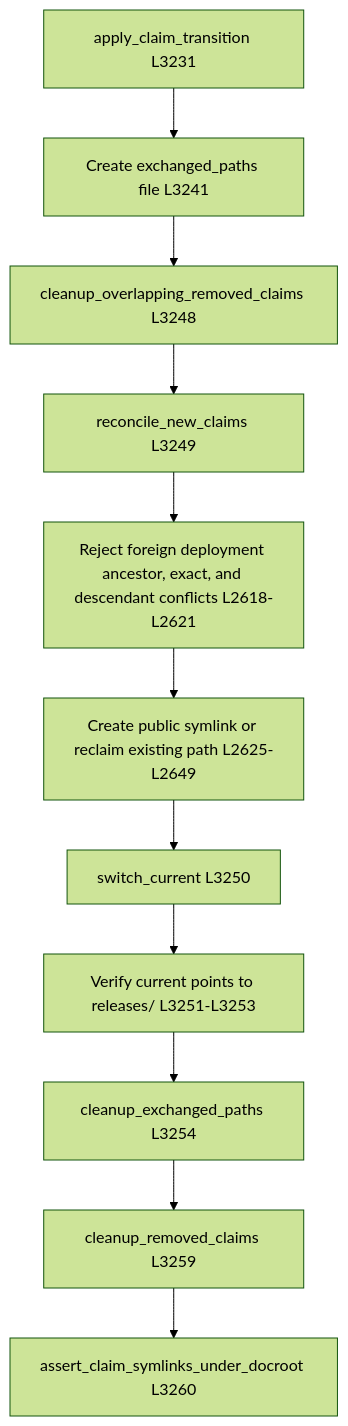
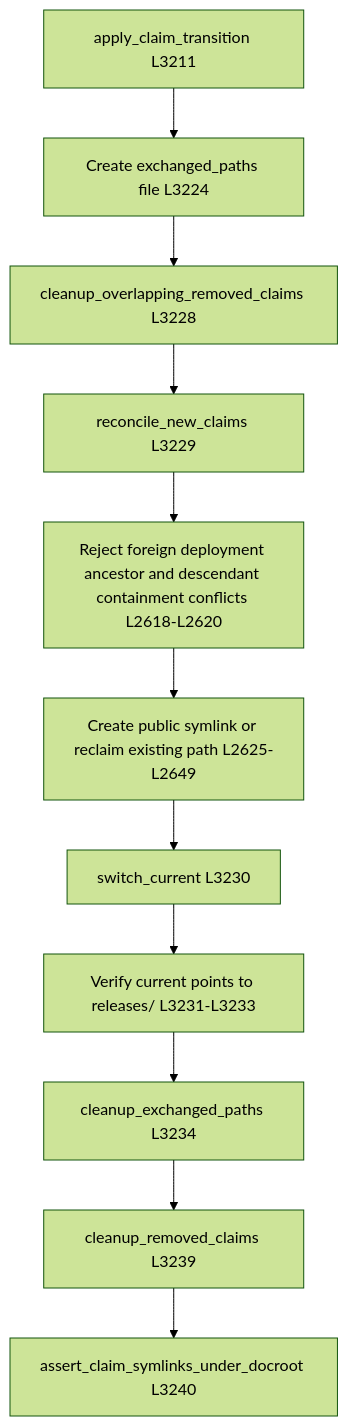
The tenth of 13 diagrams in docs/code-flow.md (aipokalyptik/wpcloud-site-git-deploy), drawn with Mermaid (forest theme) before and after one commit. The commit also changed other lines of this file and 5 other files, not shown here.

Commit message:
Allow exact deployment claim takeover

````diff
--- a/docs/code-flow.md
+++ b/docs/code-flow.md
@@ -332,13 +332,13 @@
 ```mermaid
 flowchart TD
-  APPLY["apply_claim_transition L3231"] --> EXCHANGED["Create exchanged_paths file L3241"]
-  EXCHANGED --> OVERLAP["cleanup_overlapping_removed_claims L3248"]
-  OVERLAP --> RECONCILE["reconcile_new_claims L3249"]
-  RECONCILE --> FOREIGN["Reject foreign deployment ancestor, exact, and descendant conflicts L2618-L2621"]
+  APPLY["apply_claim_transition L3211"] --> EXCHANGED["Create exchanged_paths file L3224"]
+  EXCHANGED --> OVERLAP["cleanup_overlapping_removed_claims L3228"]
+  OVERLAP --> RECONCILE["reconcile_new_claims L3229"]
+  RECONCILE --> FOREIGN["Reject foreign deployment ancestor and descendant containment conflicts L2618-L2620"]
   FOREIGN --> CREATE["Create public symlink or reclaim existing path L2625-L2649"]
-  CREATE --> SWITCH["switch_current L3250"]
-  SWITCH --> VERIFYCURRENT["Verify current points to releases/<release-id> L3251-L3253"]
-  VERIFYCURRENT --> CLEANEX["cleanup_exchanged_paths L3254"]
-  CLEANEX --> CLEANREMOVED["cleanup_removed_claims L3259"]
-  CLEANREMOVED --> ASSERT["assert_claim_symlinks_under_docroot L3260"]
+  CREATE --> SWITCH["switch_current L3230"]
+  SWITCH --> VERIFYCURRENT["Verify current points to releases/<release-id> L3231-L3233"]
+  VERIFYCURRENT --> CLEANEX["cleanup_exchanged_paths L3234"]
+  CLEANEX --> CLEANREMOVED["cleanup_removed_claims L3239"]
+  CLEANREMOVED --> ASSERT["assert_claim_symlinks_under_docroot L3240"]
 ```
````
